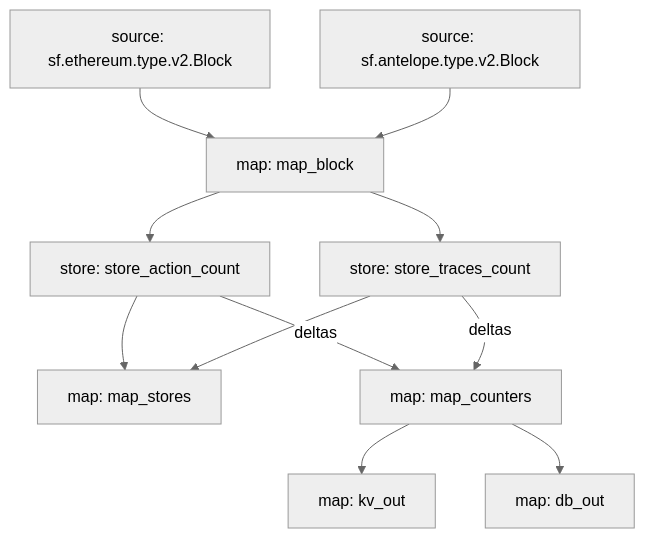
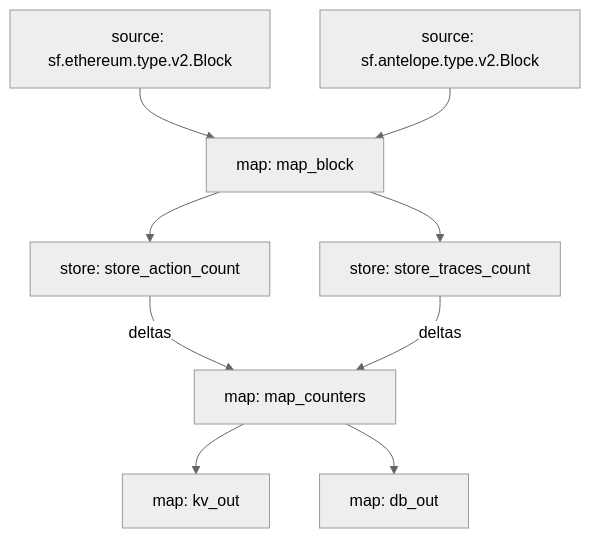
The diagram in README.md (pinax-network/subtivity-substreams), drawn with Mermaid (neutral theme) before and after one commit. The commit also changed other lines of this file and 2 other files, not shown here.

Commit message:
remove map stores

````diff
--- a/README.md
+++ b/README.md
@@ -40,20 +40,17 @@
 ```mermaid
 graph TD;
   map_block[map: map_block]
   sf.ethereum.type.v2.Block[source: sf.ethereum.type.v2.Block] --> map_block
   sf.antelope.type.v2.Block[source: sf.antelope.type.v2.Block] --> map_block
   store_traces_count[store: store_traces_count]
   map_block --> store_traces_count
   store_action_count[store: store_action_count]
   map_block --> store_action_count
-  map_stores[map: map_stores]
-  store_action_count --> map_stores
-  store_traces_count --> map_stores
   map_counters[map: map_counters]
   store_action_count -- deltas --> map_counters
   store_traces_count -- deltas --> map_counters
   kv_out[map: kv_out]
   map_counters --> kv_out
   db_out[map: db_out]
   map_counters --> db_out
 ```
````
